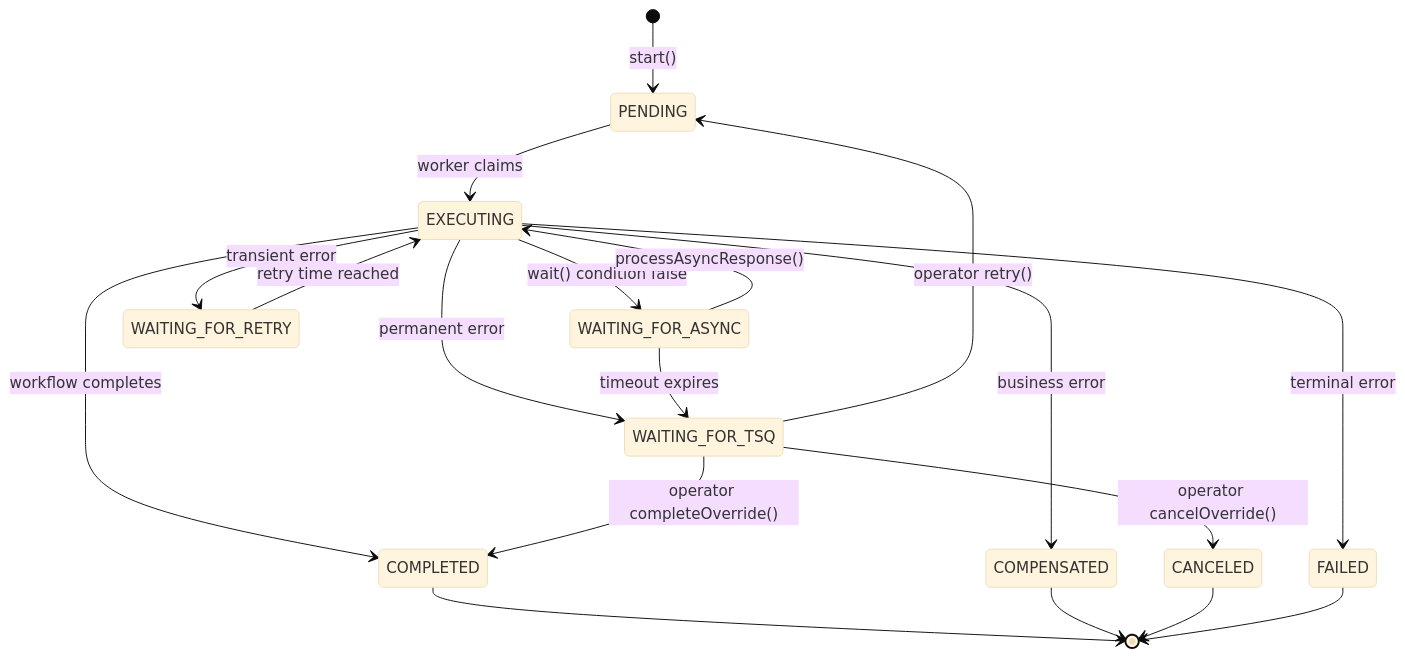
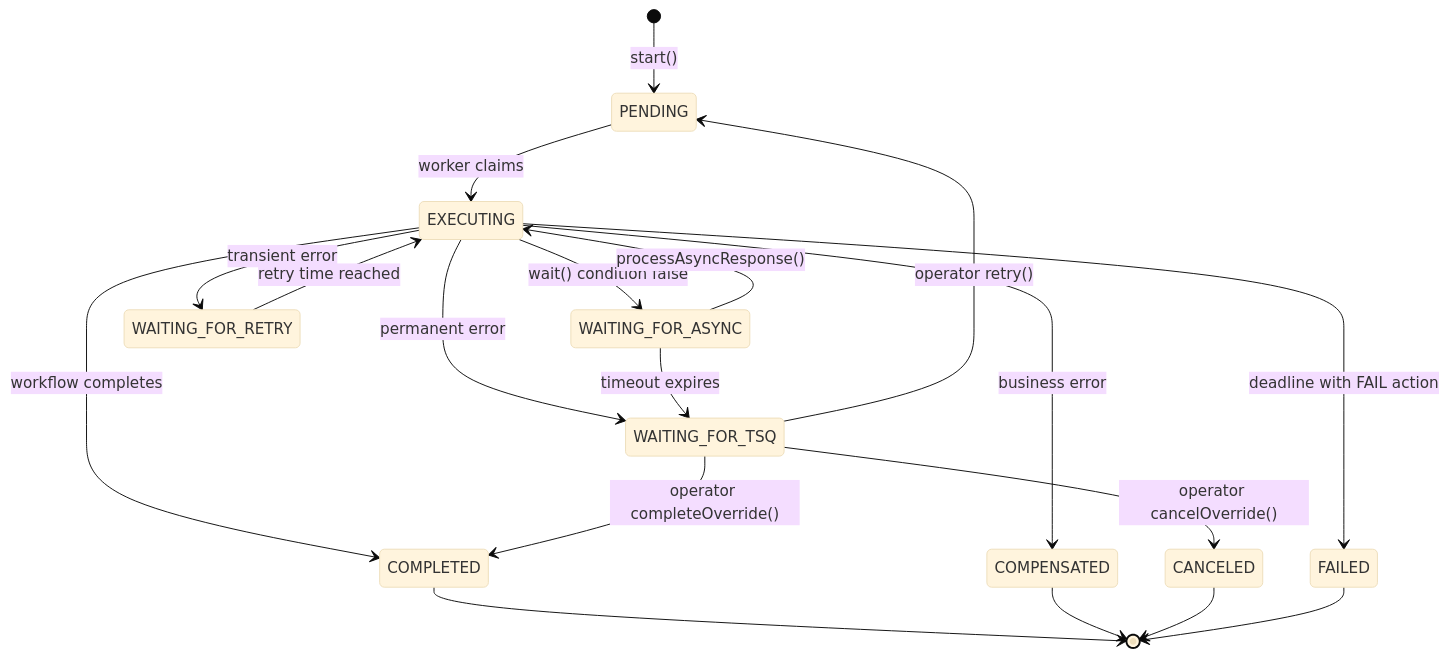
Before and after one commit to FreeSideNomad/jrcmd: the second of 4 diagrams in docs/DEVELOPER_GUIDE.md, drawn with Mermaid (base theme). The commit also changed other lines of this file, not shown here.

````diff
--- a/docs/DEVELOPER_GUIDE.md
+++ b/docs/DEVELOPER_GUIDE.md
@@ -127,26 +127,26 @@
 ```mermaid
 stateDiagram-v2
     [*] --> PENDING: start()
     PENDING --> EXECUTING: worker claims
 
     EXECUTING --> COMPLETED: workflow completes
     EXECUTING --> WAITING_FOR_ASYNC: wait() condition false
     EXECUTING --> WAITING_FOR_RETRY: transient error
     EXECUTING --> COMPENSATED: business error
     EXECUTING --> WAITING_FOR_TSQ: permanent error
-    EXECUTING --> FAILED: terminal error
+    EXECUTING --> FAILED: deadline with FAIL action
 
     WAITING_FOR_ASYNC --> EXECUTING: processAsyncResponse()
     WAITING_FOR_ASYNC --> WAITING_FOR_TSQ: timeout expires
 
     WAITING_FOR_RETRY --> EXECUTING: retry time reached
 
     WAITING_FOR_TSQ --> PENDING: operator retry()
     WAITING_FOR_TSQ --> CANCELED: operator cancelOverride()
     WAITING_FOR_TSQ --> COMPLETED: operator completeOverride()
 
     COMPLETED --> [*]
     COMPENSATED --> [*]
     CANCELED --> [*]
     FAILED --> [*]
 ```
````
